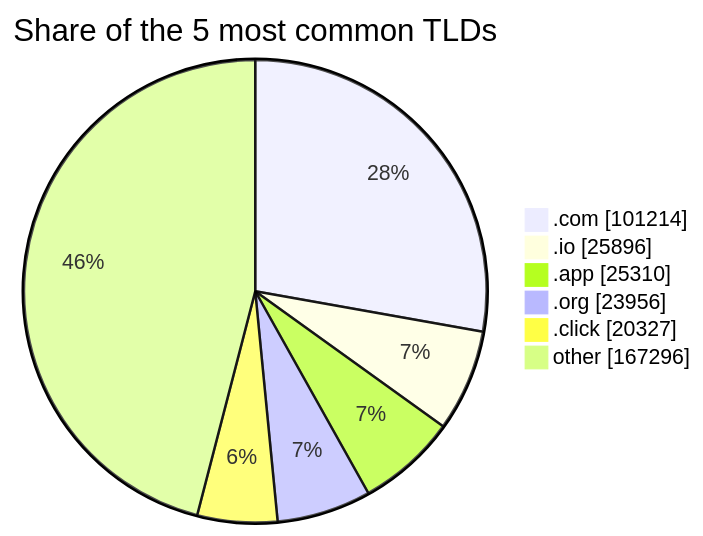
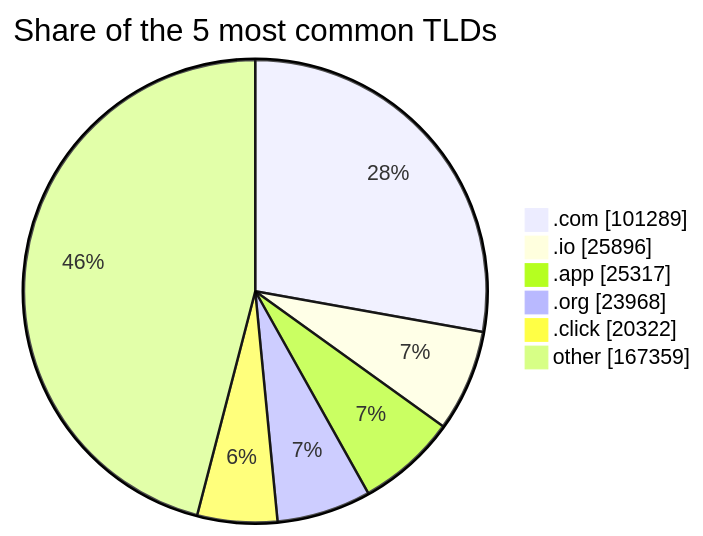
The third of 3 diagrams in README.md (DNSBunker/CTI), drawn with Mermaid before and after one commit. The commit also changed other lines of this file and 3 other files, not shown here.

````diff
--- a/README.md
+++ b/README.md
@@ -81,9 +81,9 @@
 ```mermaid
 pie showData title Share of the 5 most common TLDs
-    ".com" : 101214
+    ".com" : 101289
     ".io" : 25896
-    ".app" : 25310
-    ".org" : 23956
-    ".click" : 20327
-    "other" : 167296
+    ".app" : 25317
+    ".org" : 23968
+    ".click" : 20322
+    "other" : 167359
 ```
````
